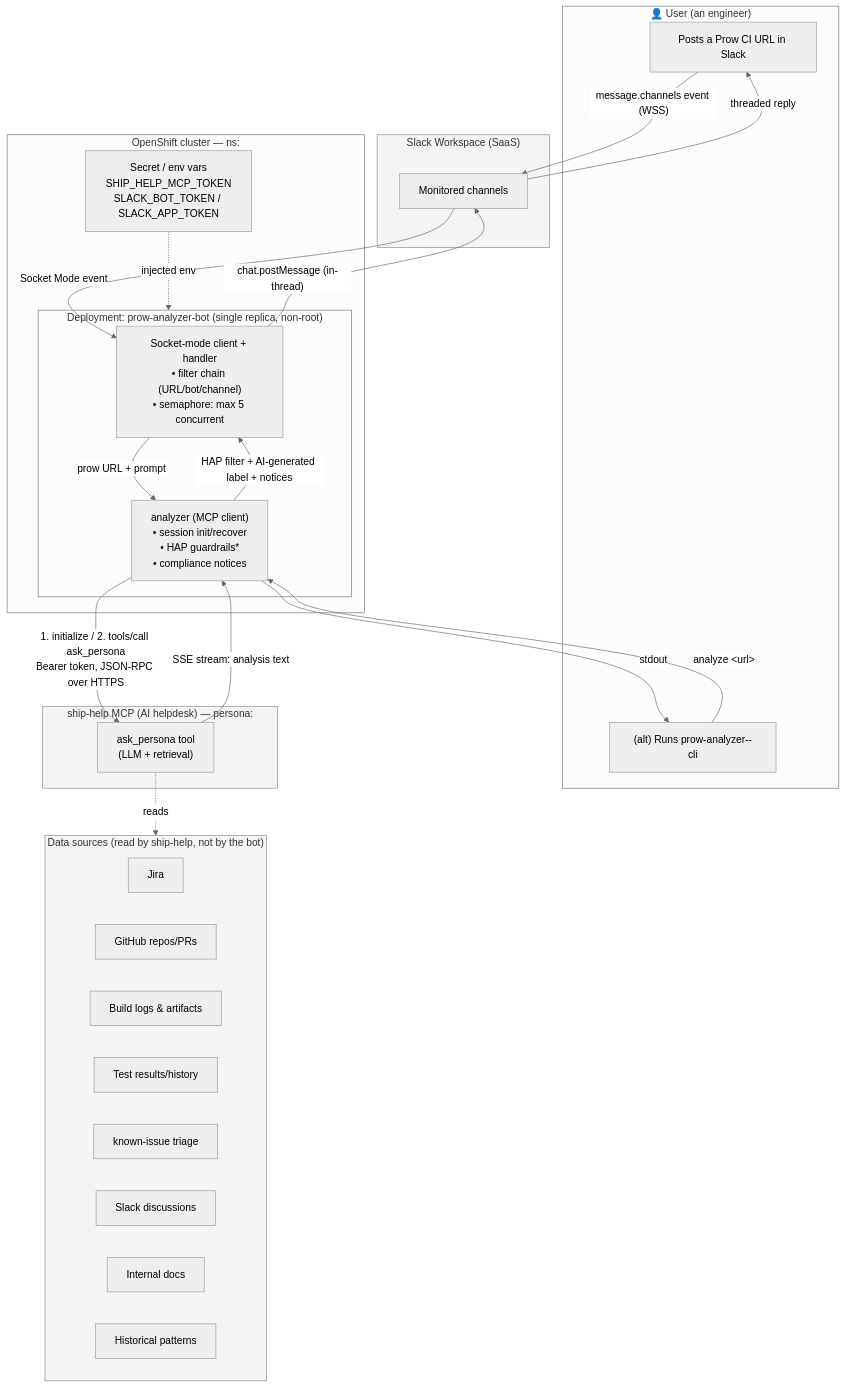
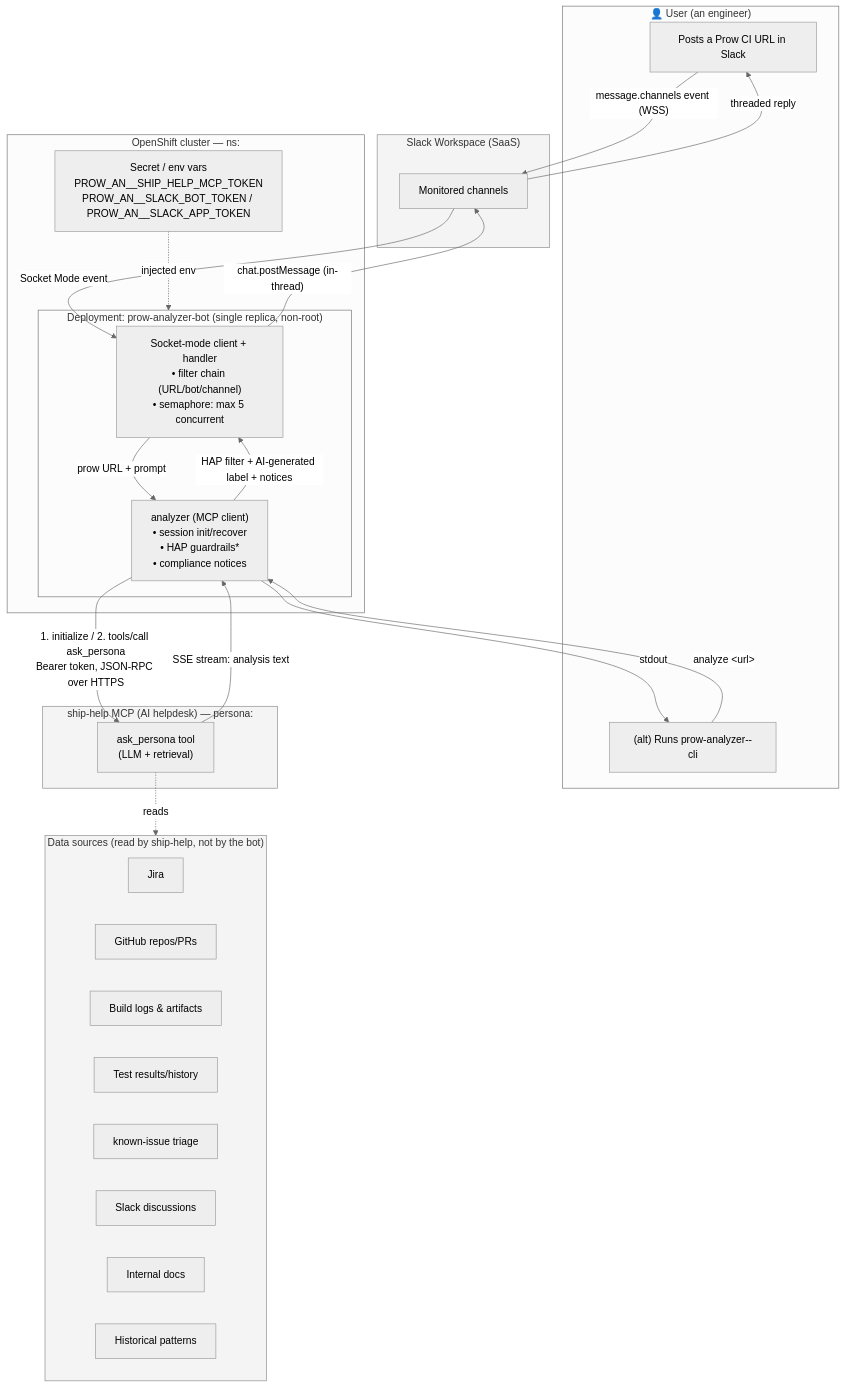
Before and after one commit to RedHatQE/OpenShift-LP-QE--Tools: the first of 3 diagrams in apps/prow-analyzer/doc/dataflow-architecture.md, drawn with Mermaid (neutral theme). The commit also changed other lines of this file and 7 other files, not shown here.

First line of the commit message:
prow-analyzer: prefix all remaining bot env vars with PROW_AN__

````diff
--- a/apps/prow-analyzer/doc/dataflow-architecture.md
+++ b/apps/prow-analyzer/doc/dataflow-architecture.md
@@ -10,51 +10,51 @@
 ```mermaid
 flowchart TB
     subgraph User["👤 User (an engineer)"]
         U1["Posts a Prow CI URL in Slack"]
         U2["(alt) Runs prow-analyzer--cli"]
     end
 
     subgraph Slack["Slack Workspace (SaaS)"]
         SW["Monitored channels"]
     end
 
     subgraph OCP["OpenShift cluster — ns: <your-namespace>"]
         subgraph BOT["Deployment: prow-analyzer-bot (single replica, non-root)"]
             H["Socket-mode client + handler<br/>• filter chain (URL/bot/channel)<br/>• semaphore: max 5 concurrent"]
             A["analyzer (MCP client)<br/>• session init/recover<br/>• HAP guardrails*<br/>• compliance notices"]
         end
-        SEC["Secret / env vars<br/>SHIP_HELP_MCP_TOKEN<br/>SLACK_BOT_TOKEN / SLACK_APP_TOKEN"]
+        SEC["Secret / env vars<br/>PROW_AN__SHIP_HELP_MCP_TOKEN<br/>PROW_AN__SLACK_BOT_TOKEN / PROW_AN__SLACK_APP_TOKEN"]
     end
 
     subgraph SH["ship-help MCP (AI helpdesk) — persona: <persona>"]
         MCP["ask_persona tool<br/>(LLM + retrieval)"]
     end
 
     subgraph DS["Data sources (read by ship-help, not by the bot)"]
         direction LR
         J["Jira"]
         G["GitHub repos/PRs"]
         L["Build logs & artifacts"]
         T["Test results/history"]
         F["known-issue triage"]
         SD["Slack discussions"]
         DOC["Internal docs"]
         HP["Historical patterns"]
     end
 
     U1 -->|"message.channels event (WSS)"| SW
     SW -->|"Socket Mode event"| H
     H -->|"prow URL + prompt"| A
     U2 -->|"analyze &lt;url&gt;"| A
     A -->|"1. initialize / 2. tools/call ask_persona<br/>Bearer token, JSON-RPC over HTTPS"| MCP
     MCP -.->|"reads"| DS
     MCP -->|"SSE stream: analysis text"| A
     A -->|"HAP filter + AI-generated label + notices"| H
     H -->|"chat.postMessage (in-thread)"| SW
     SW -->|"threaded reply"| U1
     A -->|"stdout"| U2
     SEC -.->|"injected env"| BOT
 
     classDef ext fill:#f4f4f4,stroke:#888;
     class Slack,SH,DS ext;
 ```
````
